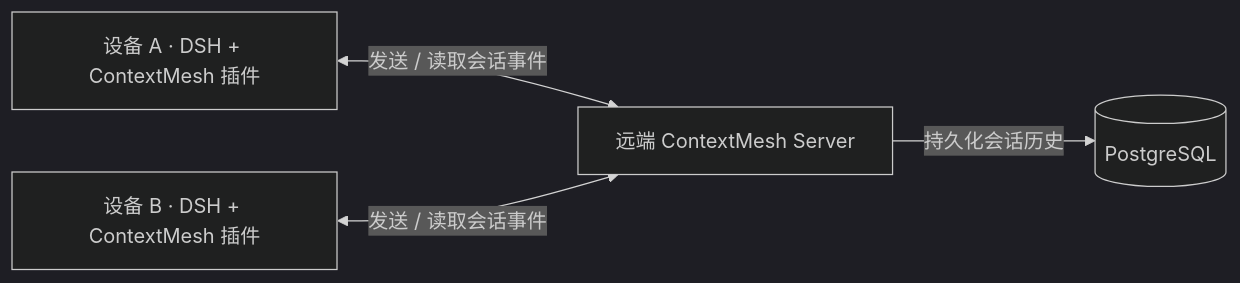
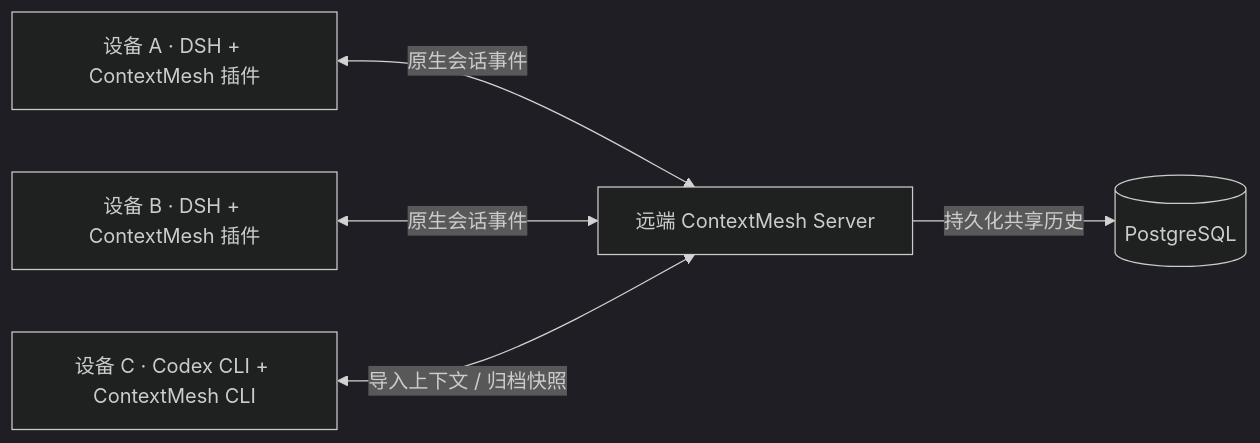
Before and after one commit to MarsZheng666/ContextMesh: the diagram in README.zh.md, drawn with Mermaid (dark theme). The commit also changed other lines of this file and 1 other file, not shown here.

Commit message:
docs: explain DSH and Codex setup and supported workflows

````diff
--- a/README.zh.md
+++ b/README.zh.md
@@ -15,6 +15,7 @@
 ```mermaid
 flowchart LR
-  A["设备 A · DSH + ContextMesh 插件"] <-->|"发送 / 读取会话事件"| S["远端 ContextMesh Server"]
-  B["设备 B · DSH + ContextMesh 插件"] <-->|"发送 / 读取会话事件"| S
-  S -->|"持久化会话历史"| DB[(PostgreSQL)]
+  A["设备 A · DSH + ContextMesh 插件"] <-->|"原生会话事件"| S["远端 ContextMesh Server"]
+  B["设备 B · DSH + ContextMesh 插件"] <-->|"原生会话事件"| S
+  C["设备 C · Codex CLI + ContextMesh CLI"] <-->|"导入上下文 / 归档快照"| S
+  S -->|"持久化共享历史"| DB[(PostgreSQL)]
 ```
````
